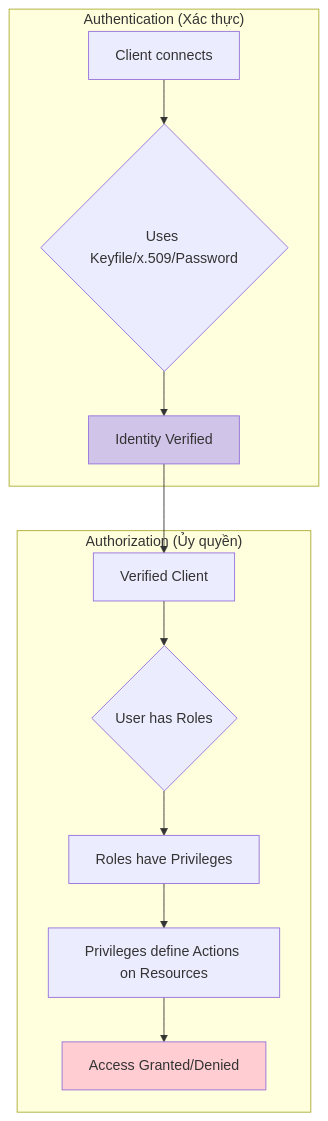
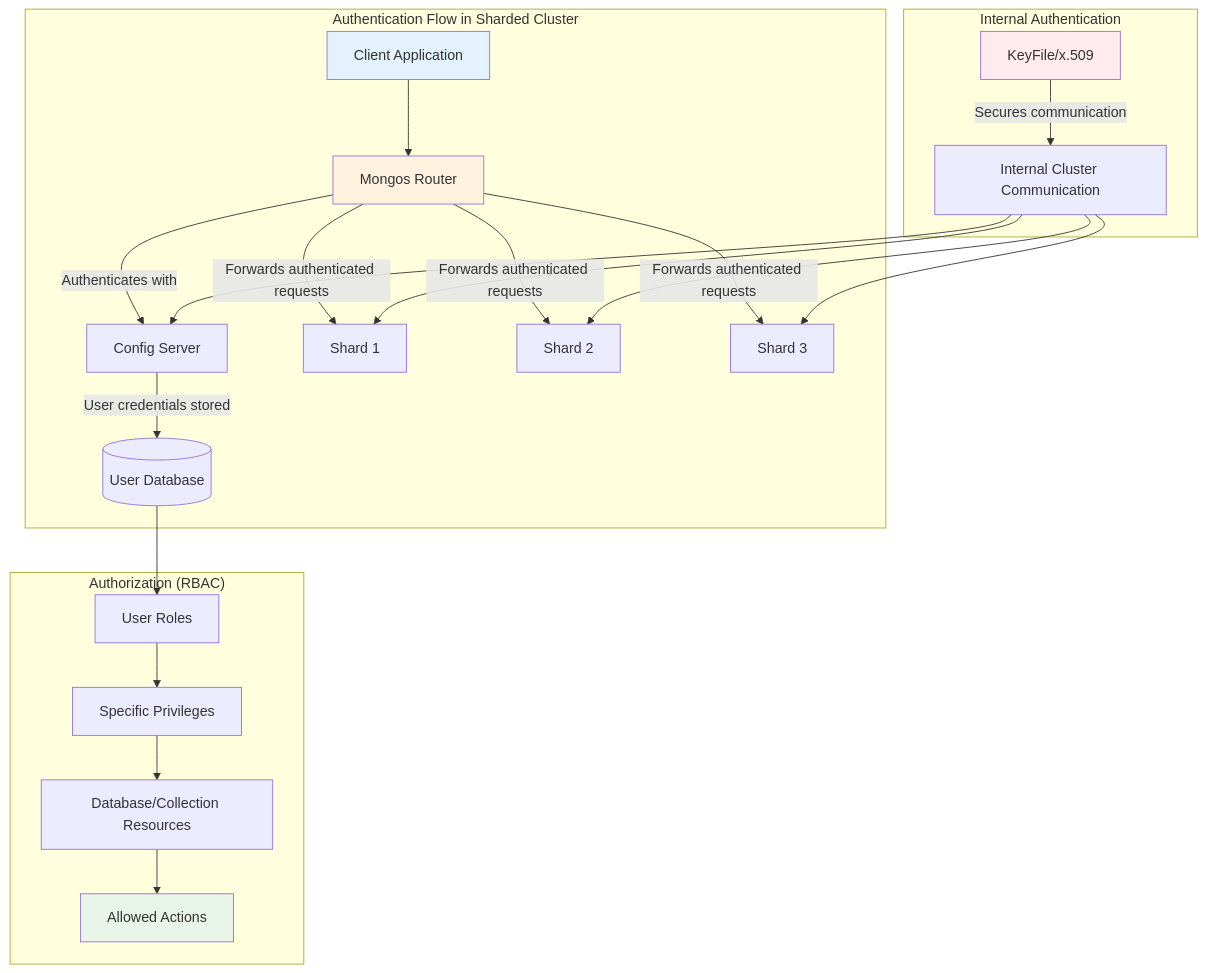
Before and after one commit to ngockhanhvd2812/DBA: the ninth of 15 diagrams in DB/Mongo-Sharding/mongo-sharding-practice.md, drawn with Mermaid. The commit also changed other lines of this file, not shown here.

````diff
--- a/DB/Mongo-Sharding/mongo-sharding-practice.md
+++ b/DB/Mongo-Sharding/mongo-sharding-practice.md
@@ -823,18 +858,31 @@
 ```mermaid
 flowchart TD
-    subgraph "Authentication (Xác thực)"
-        A[Client connects] --> B{Uses Keyfile/x.509/Password};
-        B --> C[Identity Verified];
+    subgraph "Authentication Flow in Sharded Cluster"
+        CLIENT[Client Application] --> MONGOS[Mongos Router]
+        MONGOS --> |"Authenticates with"| CONFIGDB[Config Server]
+        CONFIGDB --> |"User credentials stored"| USERDB[(User Database)]
+        MONGOS --> |"Forwards authenticated requests"| SHARD1[Shard 1]
+        MONGOS --> |"Forwards authenticated requests"| SHARD2[Shard 2]
+        MONGOS --> |"Forwards authenticated requests"| SHARD3[Shard 3]
     end
     
-    subgraph "Authorization (Ủy quyền)"
-        D[Verified Client] --> E{User has Roles};
-        E --> F[Roles have Privileges];
-        F --> G[Privileges define Actions on Resources];
-        G --> H[Access Granted/Denied];
+    subgraph "Internal Authentication"
+        KEYFILE[KeyFile/x.509] --> |"Secures communication"| INTERNAL[Internal Cluster Communication]
+        INTERNAL --> CONFIGDB
+        INTERNAL --> SHARD1
+        INTERNAL --> SHARD2
+        INTERNAL --> SHARD3
     end
     
-    C --> D;
-    style C fill:#d1c4e9
-    style H fill:#ffcdd2
+    subgraph "Authorization (RBAC)"
+        USERDB --> ROLES[User Roles]
+        ROLES --> PRIVILEGES[Specific Privileges]
+        PRIVILEGES --> RESOURCES[Database/Collection Resources]
+        RESOURCES --> ACTIONS[Allowed Actions]
+    end
+    
+    style CLIENT fill:#e3f2fd
+    style MONGOS fill:#fff3e0
+    style KEYFILE fill:#ffebee
+    style ACTIONS fill:#e8f5e8
 ```
````
